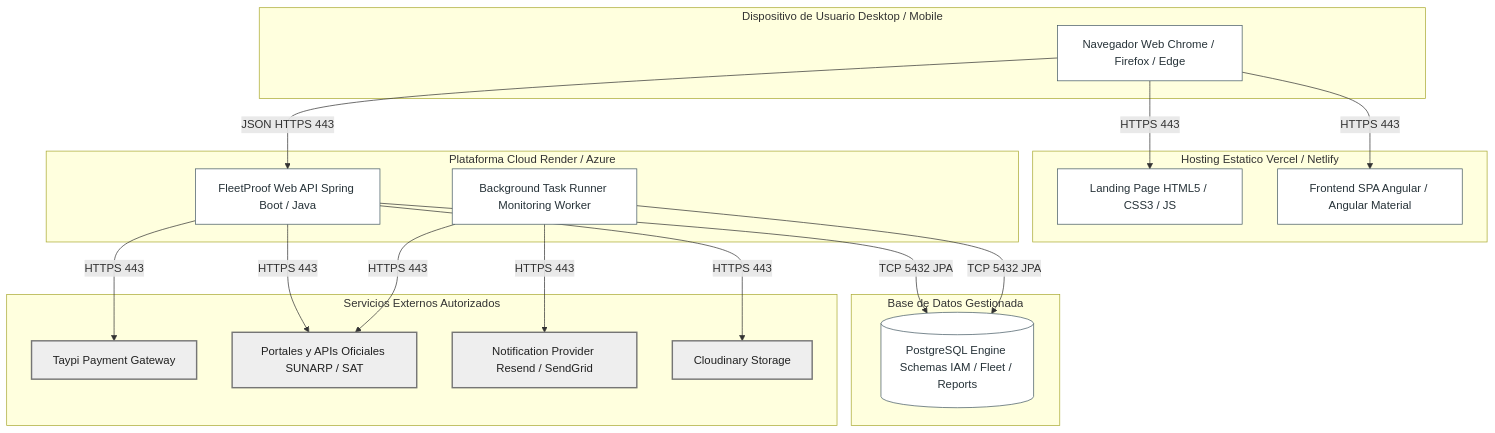
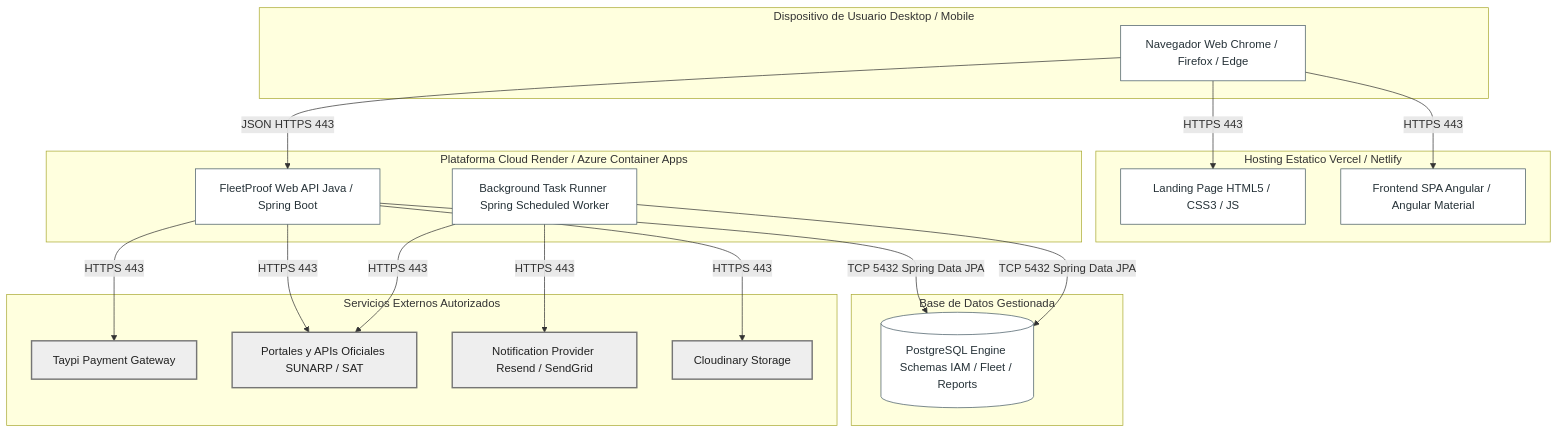
One commit to 1ASI0729-7800-BLIP/blip-fleetproof-project-report changed the fifth of 7 diagrams in docs/05-chapter-4-product-design.md. Above: the diagram before and after it, drawn with Mermaid.

Commit message:
fix:4.6.4
Updated subgraph labels and connections in deployment diagram for clarity and consistency.

````diff
--- a/docs/05-chapter-4-product-design.md
+++ b/docs/05-chapter-4-product-design.md
@@ -694,47 +694,47 @@
 ```mermaid
 flowchart TB
     classDef clientNode fill:#eceff1,stroke:#607d8b,stroke-width:2px,color:#263238;
     classDef edgeNode fill:#e3f2fd,stroke:#1e88e5,stroke-width:2px,color:#0d47a1;
     classDef computeNode fill:#e8eaf6,stroke:#3f51b5,stroke-width:2px,color:#1a237e;
     classDef dbNode fill:#e8f5e9,stroke:#43a047,stroke-width:2px,color:#1b5e20;
     classDef extNode fill:#eeeeee,stroke:#757575,stroke-width:2px,color:#212121;
     classDef artifact fill:#ffffff,stroke:#455a64,stroke-width:1px,color:#263238;
 
-    subgraph Client_Device [Dispositivo de Usuario Desktop / Mobile]
-        browser[Navegador Web Chrome / Firefox / Edge]:::artifact
+    subgraph Client_Device ["Dispositivo de Usuario Desktop / Mobile"]
+        browser["Navegador Web Chrome / Firefox / Edge"]:::artifact
     end
 
-    subgraph Hosting_Static [Hosting Estatico Vercel / Netlify]
-        landing_art[Landing Page HTML5 / CSS3 / JS]:::artifact
-        spa_art[Frontend SPA Angular / Angular Material]:::artifact
+    subgraph Hosting_Static ["Hosting Estatico Vercel / Netlify"]
+        landing_art["Landing Page HTML5 / CSS3 / JS"]:::artifact
+        spa_art["Frontend SPA Angular / Angular Material"]:::artifact
     end
 
-    subgraph Cloud_PaaS [Plataforma Cloud Render / Azure]
-        api_art[FleetProof Web API Spring Boot / Java]:::artifact
-        worker_art[Background Task Runner Monitoring Worker]:::artifact
+    subgraph Cloud_PaaS ["Plataforma Cloud Render / Azure Container Apps"]
+        api_art["FleetProof Web API Java / Spring Boot"]:::artifact
+        worker_art["Background Task Runner Spring Scheduled Worker"]:::artifact
     end
 
-    subgraph Cloud_DB [Base de Datos Gestionada]
-        db_engine[(PostgreSQL Engine Schemas IAM / Fleet / Reports)]:::artifact
+    subgraph Cloud_DB ["Base de Datos Gestionada"]
+        db_engine[("PostgreSQL Engine Schemas IAM / Fleet / Reports")]:::artifact
     end
 
-    subgraph External_Cloud [Servicios Externos Autorizados]
-        srv_pay[Taypi Payment Gateway]:::extNode
-        srv_gov[Portales y APIs Oficiales SUNARP / SAT]:::extNode
-        srv_notif[Notification Provider Resend / SendGrid]:::extNode
-        srv_media[Cloudinary Storage]:::extNode
+    subgraph External_Cloud ["Servicios Externos Autorizados"]
+        srv_pay["Taypi Payment Gateway"]:::extNode
+        srv_gov["Portales y APIs Oficiales SUNARP / SAT"]:::extNode
+        srv_notif["Notification Provider Resend / SendGrid"]:::extNode
+        srv_media["Cloudinary Storage"]:::extNode
     end
 
-    browser -->|HTTPS 443| landing_art
-    browser -->|HTTPS 443| spa_art
-    browser -->|JSON HTTPS 443| api_art
+    browser -->|"HTTPS 443"| landing_art
+    browser -->|"HTTPS 443"| spa_art
+    browser -->|"JSON HTTPS 443"| api_art
 
-    api_art -->|TCP 5432 JPA| db_engine
-    worker_art -->|TCP 5432 JPA| db_engine
+    api_art -->|"TCP 5432 Spring Data JPA"| db_engine
+    worker_art -->|"TCP 5432 Spring Data JPA"| db_engine
 
-    api_art -->|HTTPS 443| srv_pay
-    api_art -->|HTTPS 443| srv_gov
-    worker_art -->|HTTPS 443| srv_gov
-    worker_art -->|HTTPS 443| srv_notif
-    api_art -->|HTTPS 443| srv_media
+    api_art -->|"HTTPS 443"| srv_pay
+    api_art -->|"HTTPS 443"| srv_gov
+    worker_art -->|"HTTPS 443"| srv_gov
+    worker_art -->|"HTTPS 443"| srv_notif
+    api_art -->|"HTTPS 443"| srv_media
 ```
````
